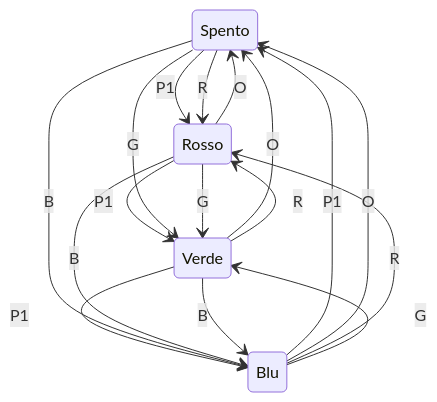
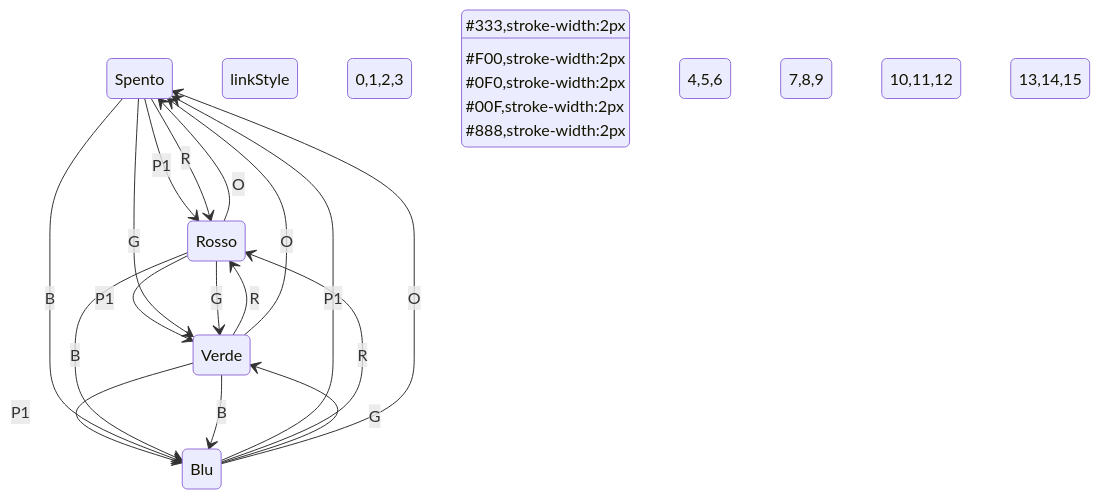
The diagram in luciseriale.md (sebastianomelita/ArduinoBareMetal), drawn with Mermaid before and after one commit.

````diff
--- a/luciseriale.md
+++ b/luciseriale.md
@@ -92,24 +92,30 @@
 ```mermaid
 %%{init: {'theme': 'default', 'themeVariables': { 'primaryColor': '#ffffff', 'primaryTextColor': '#000000', 'primaryBorderColor': '#000000', 'lineColor': '#000000', 'secondaryColor': '#f4f4f4', 'tertiaryColor': '#ffffff' }}}%%
 stateDiagram-v2
     Spento --> Rosso: P1
     Rosso --> Verde: P1
     Verde --> Blu: P1
     Blu --> Spento: P1
     
     Spento --> Rosso: R
+    Verde --> Rosso: R
+    Blu --> Rosso: R
+    
     Spento --> Verde: G
+    Rosso --> Verde: G
+    Blu --> Verde: G
+    
     Spento --> Blu: B
+    Rosso --> Blu: B
+    Verde --> Blu: B
     
     Rosso --> Spento: O
-    Rosso --> Verde: G
-    Rosso --> Blu: B
+    Verde --> Spento: O
+    Blu --> Spento: O
     
-    Verde --> Spento: O
-    Verde --> Rosso: R
-    Verde --> Blu: B
-    
-    Blu --> Spento: O
-    Blu --> Rosso: R
-    Blu --> Verde: G
+    linkStyle 0,1,2,3 stroke:#333,stroke-width:2px
+    linkStyle 4,5,6 stroke:#F00,stroke-width:2px
+    linkStyle 7,8,9 stroke:#0F0,stroke-width:2px
+    linkStyle 10,11,12 stroke:#00F,stroke-width:2px
+    linkStyle 13,14,15 stroke:#888,stroke-width:2px
 ```
````
